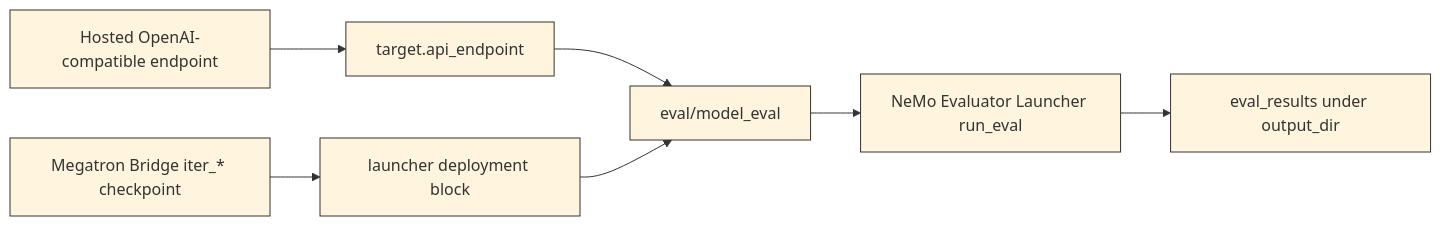
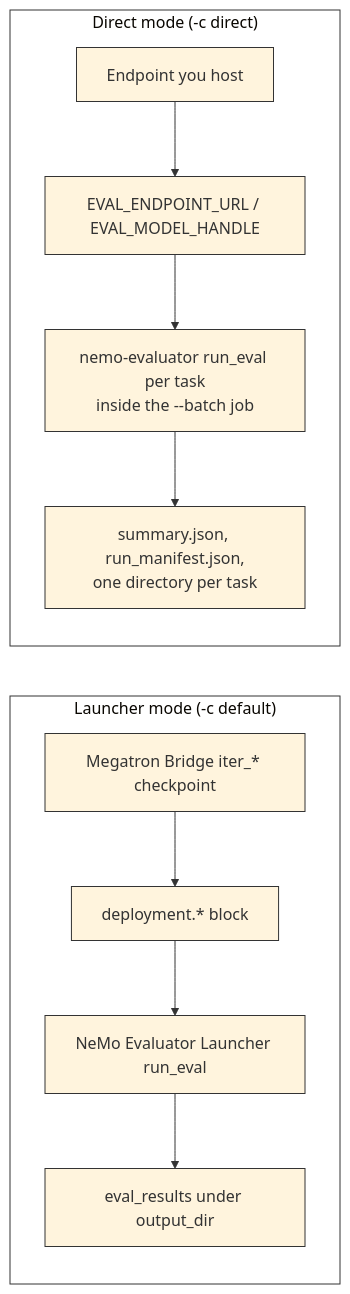
The diagram in docs/model-eval/explanation/pipeline-overview.md (mikemckiernan/Nemotron), drawn with Mermaid before and after one commit. The commit also changed other lines of this file and 6 other files, not shown here.

First line of the commit message:
docs(model-eval): document launcher and direct modes with a Choose a Mode section

````diff
--- a/docs/model-eval/explanation/pipeline-overview.md
+++ b/docs/model-eval/explanation/pipeline-overview.md
@@ -22,10 +25,14 @@
 ```{mermaid}
 %%{init: {'theme': 'base', 'themeVariables': { 'primaryBorderColor': '#333333', 'lineColor': '#333333', 'primaryTextColor': '#333333', 'clusterBkg': '#ffffff', 'clusterBorder': '#333333'}}}%%
 flowchart LR
-    hosted["Hosted OpenAI-compatible endpoint"] --> cfg["target.api_endpoint"]
-    ckpt["Megatron Bridge iter_* checkpoint"] --> deploy["launcher deployment block"]
-    cfg --> step["eval/model_eval"]
-    deploy --> step
-    step --> launcher["NeMo Evaluator Launcher run_eval"]
-    launcher --> results["eval_results under output_dir"]
+    subgraph launcher_mode["Launcher mode (-c default)"]
+        ckpt["Megatron Bridge iter_* checkpoint"] --> deploy["deployment.* block"]
+        deploy --> launcher["NeMo Evaluator Launcher run_eval"]
+        launcher --> lres["eval_results under output_dir"]
+    end
+    subgraph direct_mode["Direct mode (-c direct)"]
+        hosted["Endpoint you host"] --> env["EVAL_ENDPOINT_URL / EVAL_MODEL_HANDLE"]
+        env --> harness["nemo-evaluator run_eval per task<br/>inside the --batch job"]
+        harness --> dres["summary.json, run_manifest.json,<br/>one directory per task"]
+    end
 ```
````
